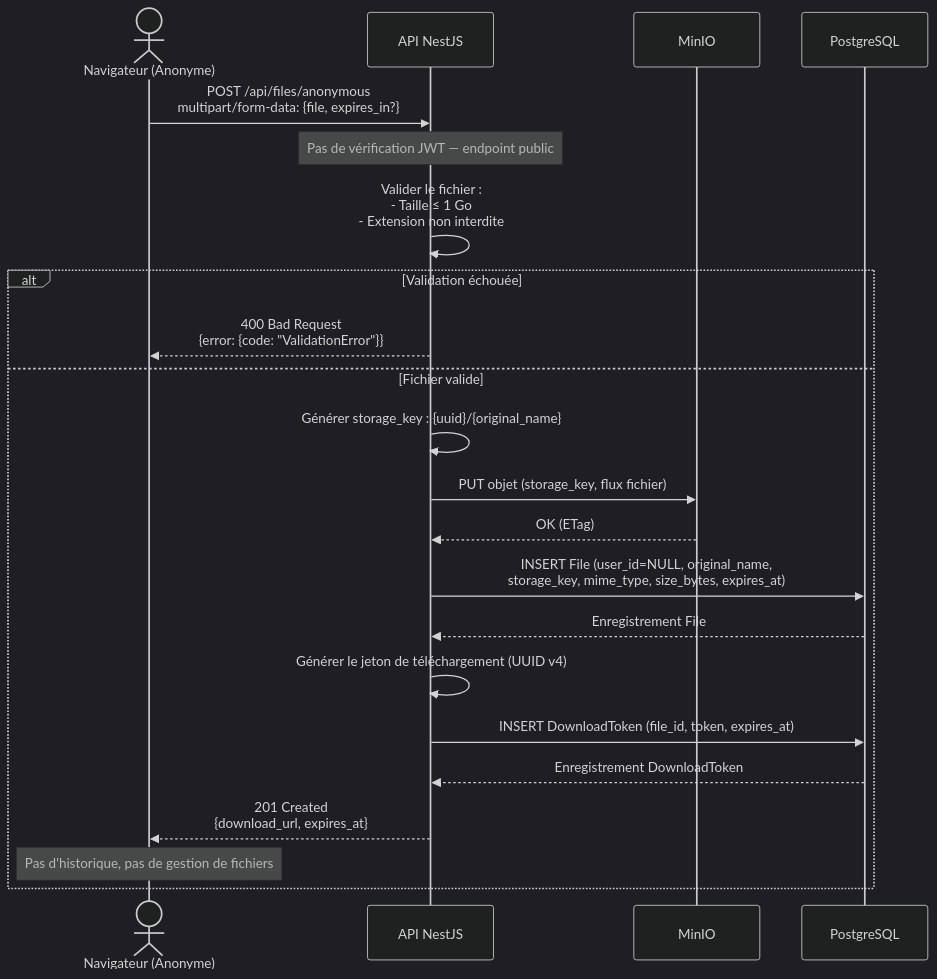
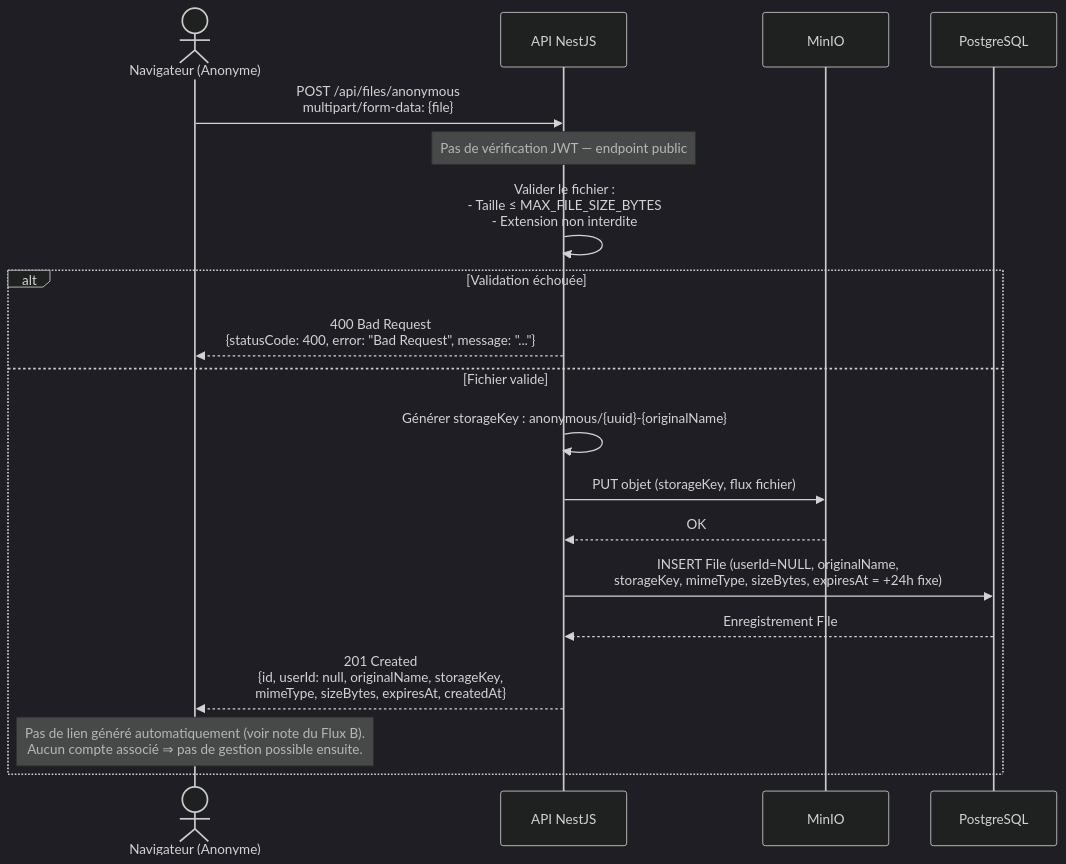
One commit to OC-Expert-DevOps/P3-OC-software-development-management changed the fourth of 9 diagrams in docs/architecture/03-sequence-diagrams.md. Above: the diagram before and after it, drawn with Mermaid (dark theme). The commit also changed other lines of this file and 5 other files, not shown here.

First line of the commit message:
fix(docs): align OpenAPI contract and architecture docs with real API (#55) (#56)

````diff
--- a/docs/architecture/03-sequence-diagrams.md
+++ b/docs/architecture/03-sequence-diagrams.md
@@ -134,25 +146,22 @@
 ```mermaid
 sequenceDiagram
     actor User as Navigateur (Anonyme)
     participant API as API NestJS
     participant S3 as MinIO
     participant DB as PostgreSQL
 
-    User->>API: POST /api/files/anonymous<br/>multipart/form-data: {file, expires_in?}
+    User->>API: POST /api/files/anonymous<br/>multipart/form-data: {file}
     Note over API: Pas de vérification JWT — endpoint public
-    API->>API: Valider le fichier :<br/>- Taille ≤ 1 Go<br/>- Extension non interdite
+    API->>API: Valider le fichier :<br/>- Taille ≤ MAX_FILE_SIZE_BYTES<br/>- Extension non interdite
     alt Validation échouée
-        API-->>User: 400 Bad Request<br/>{error: {code: "ValidationError"}}
+        API-->>User: 400 Bad Request<br/>{statusCode: 400, error: "Bad Request", message: "..."}
     else Fichier valide
-        API->>API: Générer storage_key : {uuid}/{original_name}
-        API->>S3: PUT objet (storage_key, flux fichier)
-        S3-->>API: OK (ETag)
-        API->>DB: INSERT File (user_id=NULL, original_name,<br/>storage_key, mime_type, size_bytes, expires_at)
+        API->>API: Générer storageKey : anonymous/{uuid}-{originalName}
+        API->>S3: PUT objet (storageKey, flux fichier)
+        S3-->>API: OK
+        API->>DB: INSERT File (userId=NULL, originalName,<br/>storageKey, mimeType, sizeBytes, expiresAt = +24h fixe)
         DB-->>API: Enregistrement File
-        API->>API: Générer le jeton de téléchargement (UUID v4)
-        API->>DB: INSERT DownloadToken (file_id, token, expires_at)
-        DB-->>API: Enregistrement DownloadToken
-        API-->>User: 201 Created<br/>{download_url, expires_at}
-        Note over User: Pas d'historique, pas de gestion de fichiers
+        API-->>User: 201 Created<br/>{id, userId: null, originalName, storageKey,<br/>mimeType, sizeBytes, expiresAt, createdAt}
+        Note over User: Pas de lien généré automatiquement (voir note du Flux B).<br/>Aucun compte associé ⇒ pas de gestion possible ensuite.
     end
 ```
````
